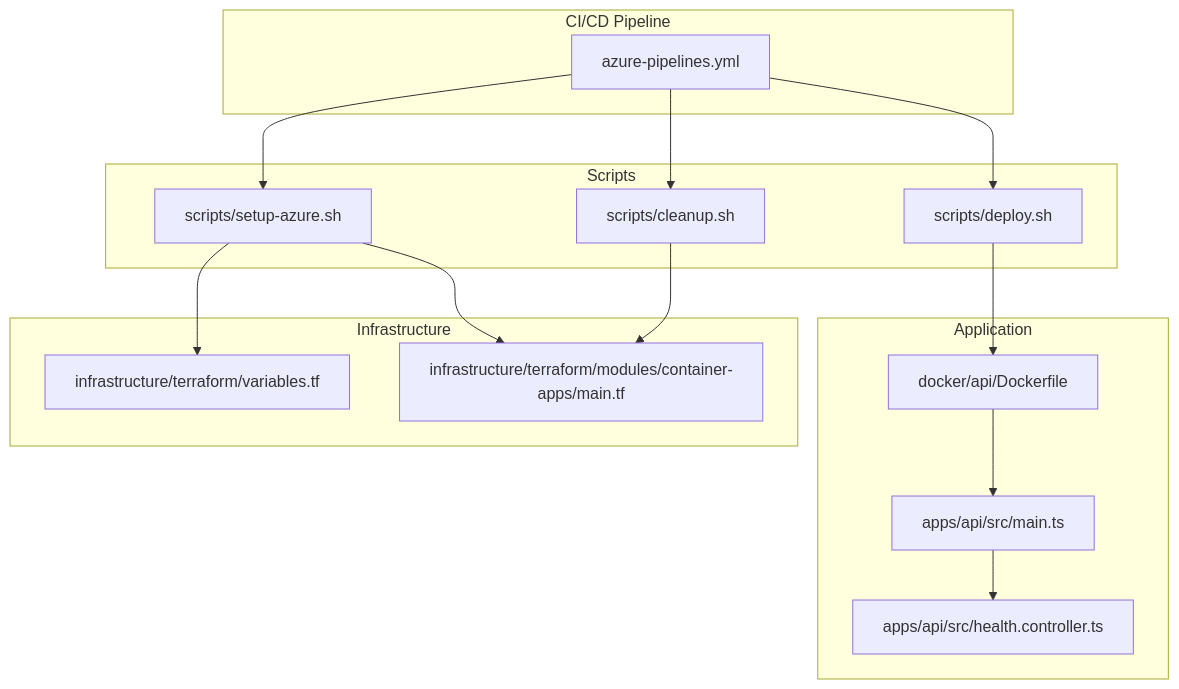
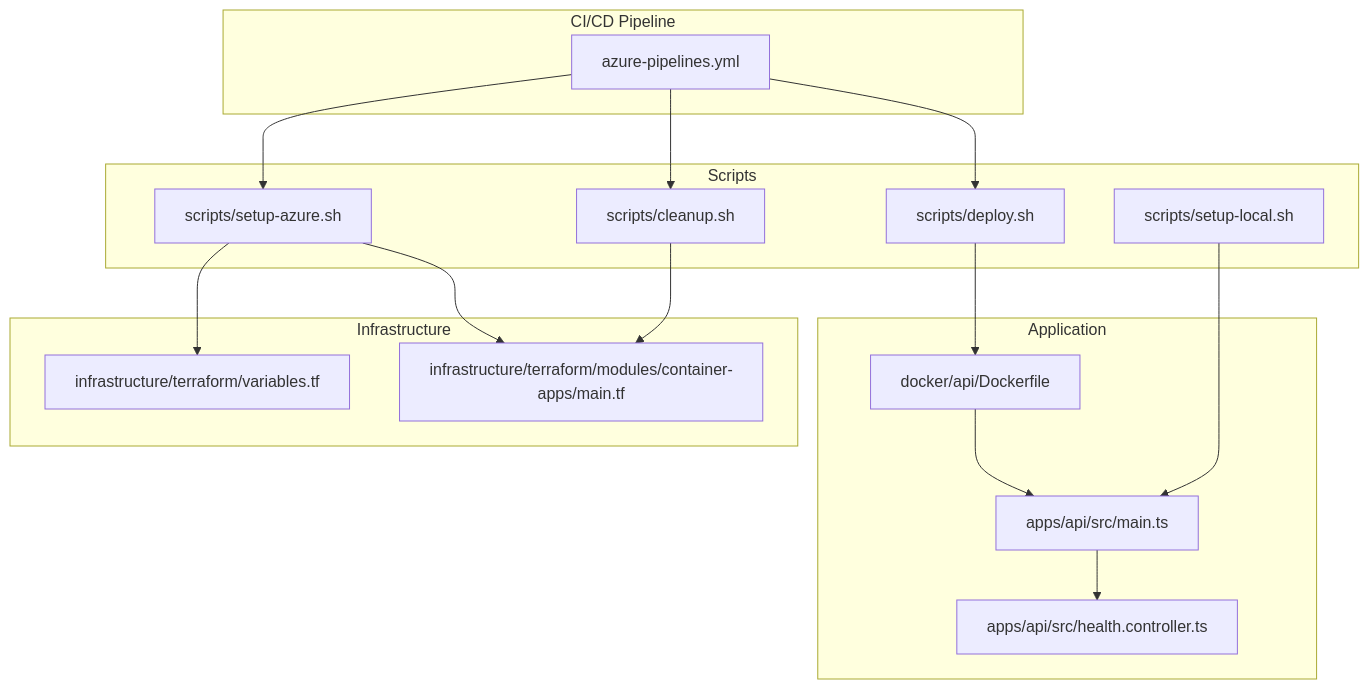
Before and after one commit to Avi-Bendetsky/Quiz-to-build: the first of 10 diagrams in .qoder/repowiki/en/content/Deployment and Infrastructure/CI_CD Pipeline.md, drawn with Mermaid. The commit also changed other lines of this file and 41 other files, not shown here.

````diff
--- a/.qoder/repowiki/en/content/Deployment and Infrastructure/CI_CD Pipeline.md
+++ b/.qoder/repowiki/en/content/Deployment and Infrastructure/CI_CD Pipeline.md
@@ -39,29 +48,31 @@
 ```mermaid
 graph TB
 subgraph "CI/CD Pipeline"
 AY["azure-pipelines.yml"]
 end
 subgraph "Scripts"
 DS["scripts/deploy.sh"]
 SS["scripts/setup-azure.sh"]
 CS["scripts/cleanup.sh"]
+SL["scripts/setup-local.sh"]
 end
 subgraph "Application"
 DF["docker/api/Dockerfile"]
 MT["apps/api/src/main.ts"]
 HC["apps/api/src/health.controller.ts"]
 end
 subgraph "Infrastructure"
 TFV["infrastructure/terraform/variables.tf"]
 TFC["infrastructure/terraform/modules/container-apps/main.tf"]
 end
 AY --> DS
 AY --> SS
 AY --> CS
 DS --> DF
 SS --> TFV
 SS --> TFC
 CS --> TFC
 DF --> MT
 MT --> HC
+SL --> MT
 ```
````
